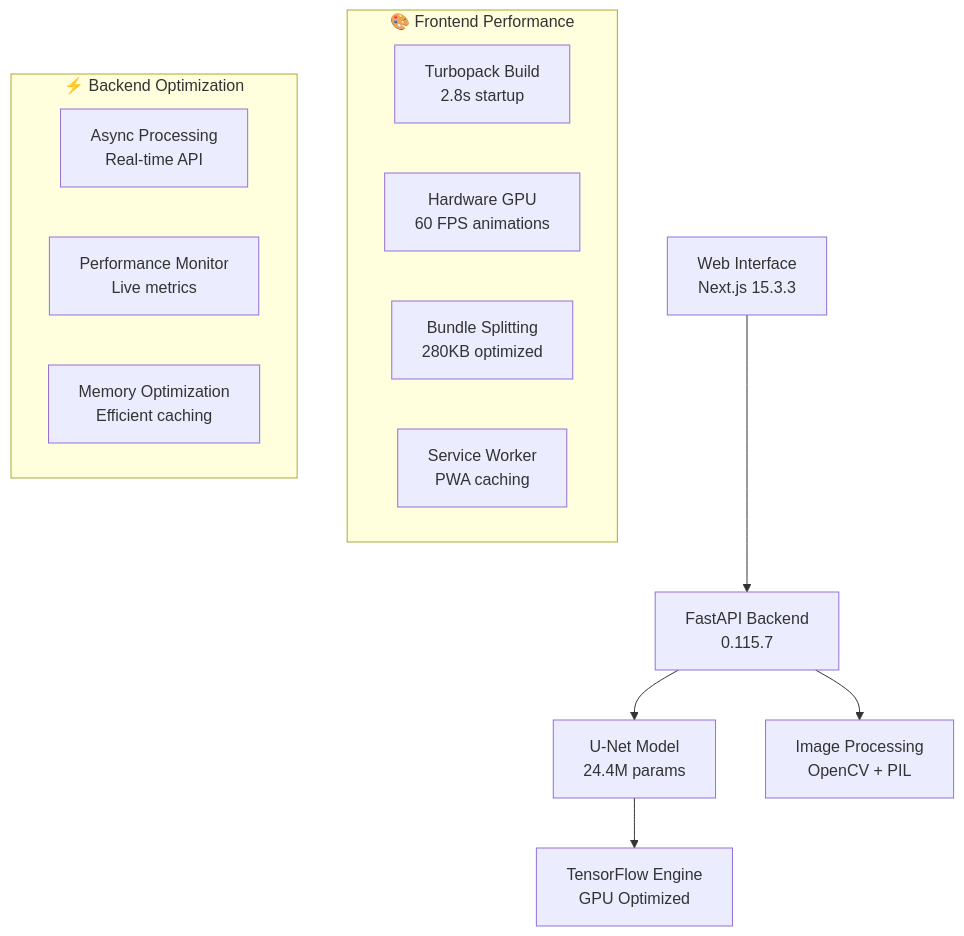
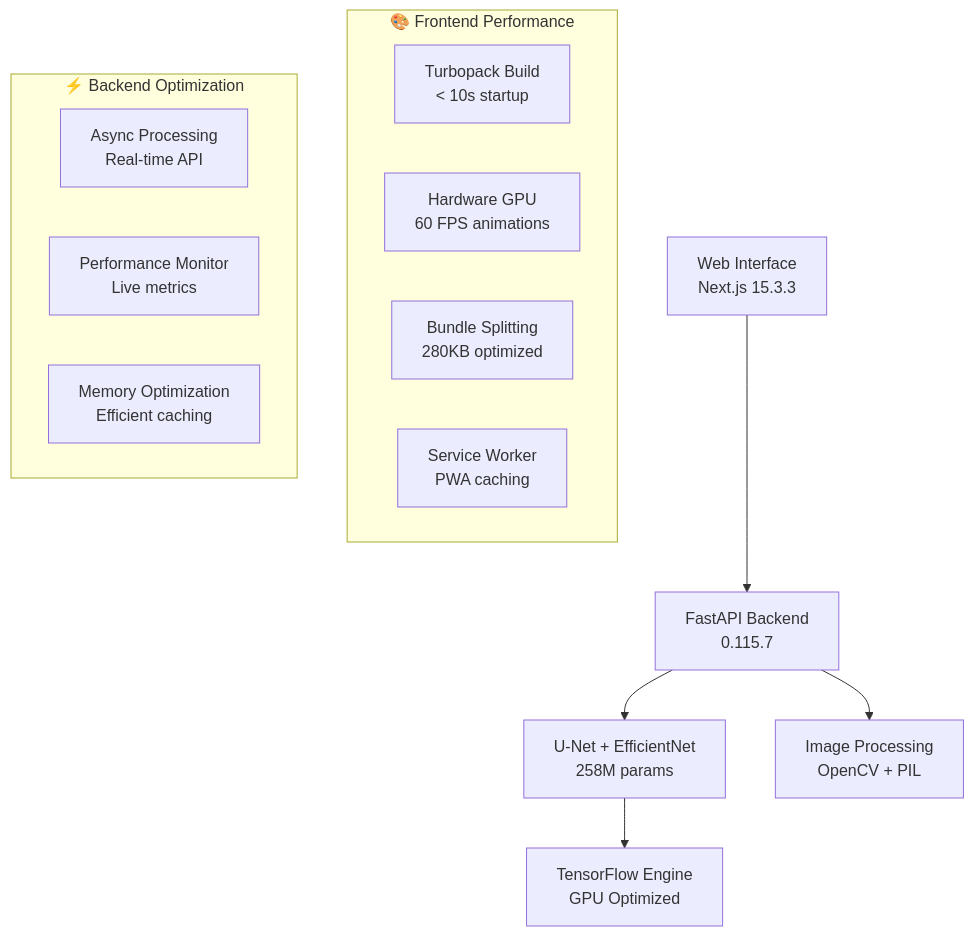
The diagram in README.md (guilhermegranchopro/LXthon), drawn with Mermaid before and after one commit. The commit also changed other lines of this file and 1 other file, not shown here.

````diff
--- a/README.md
+++ b/README.md
@@ -53,20 +59,20 @@
 ```mermaid
 graph TB
     A[Web Interface<br/>Next.js 15.3.3] --> B[FastAPI Backend<br/>0.115.7]
-    B --> C[U-Net Model<br/>24.4M params]
+    B --> C[U-Net + EfficientNet<br/>258M params]
     C --> D[TensorFlow Engine<br/>GPU Optimized]
     B --> E[Image Processing<br/>OpenCV + PIL]
     
     subgraph "🎨 Frontend Performance"
-        A1[Turbopack Build<br/>2.8s startup]
+        A1[Turbopack Build<br/>< 10s startup]
         A2[Hardware GPU<br/>60 FPS animations]
         A3[Bundle Splitting<br/>280KB optimized]
         A4[Service Worker<br/>PWA caching]
     end
     
     subgraph "⚡ Backend Optimization"
         B1[Async Processing<br/>Real-time API]
         B2[Performance Monitor<br/>Live metrics]
         B3[Memory Optimization<br/>Efficient caching]
     end
 ```
````
